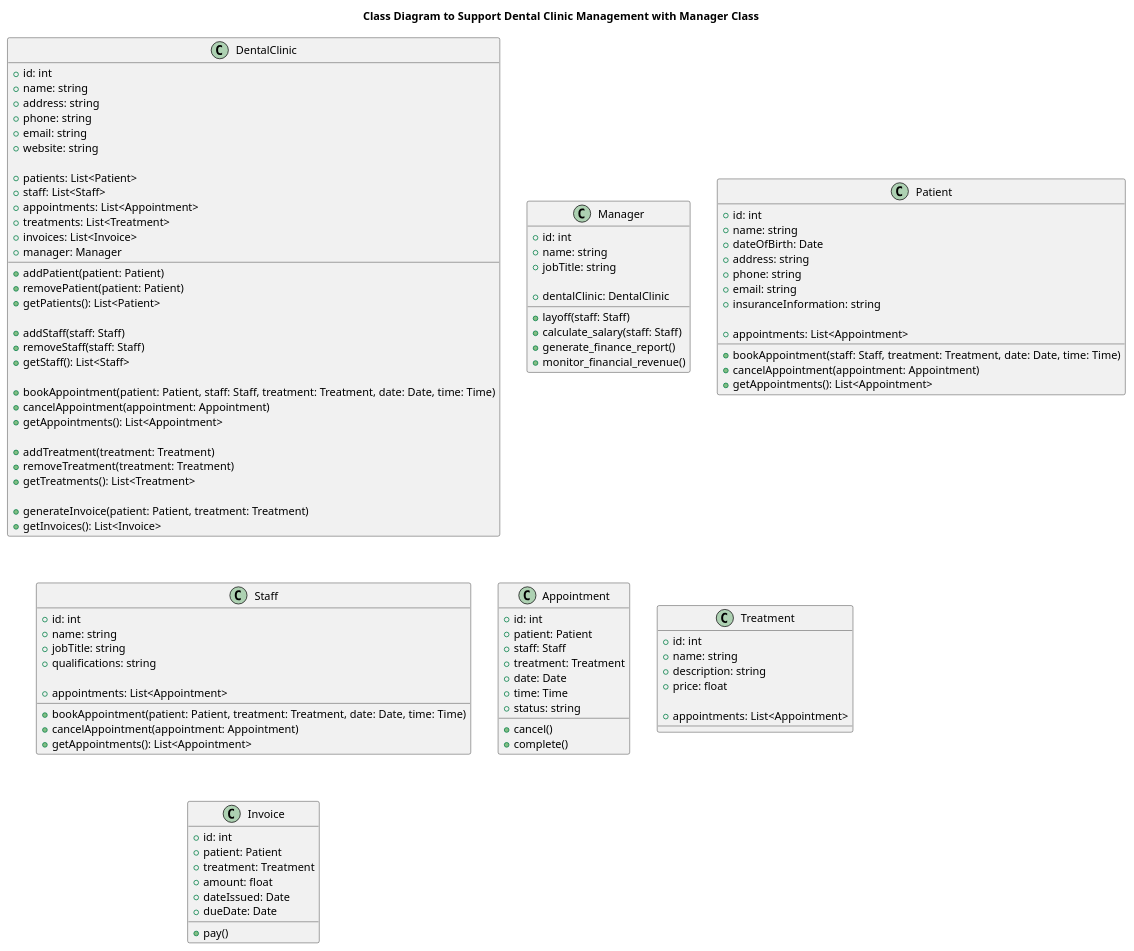
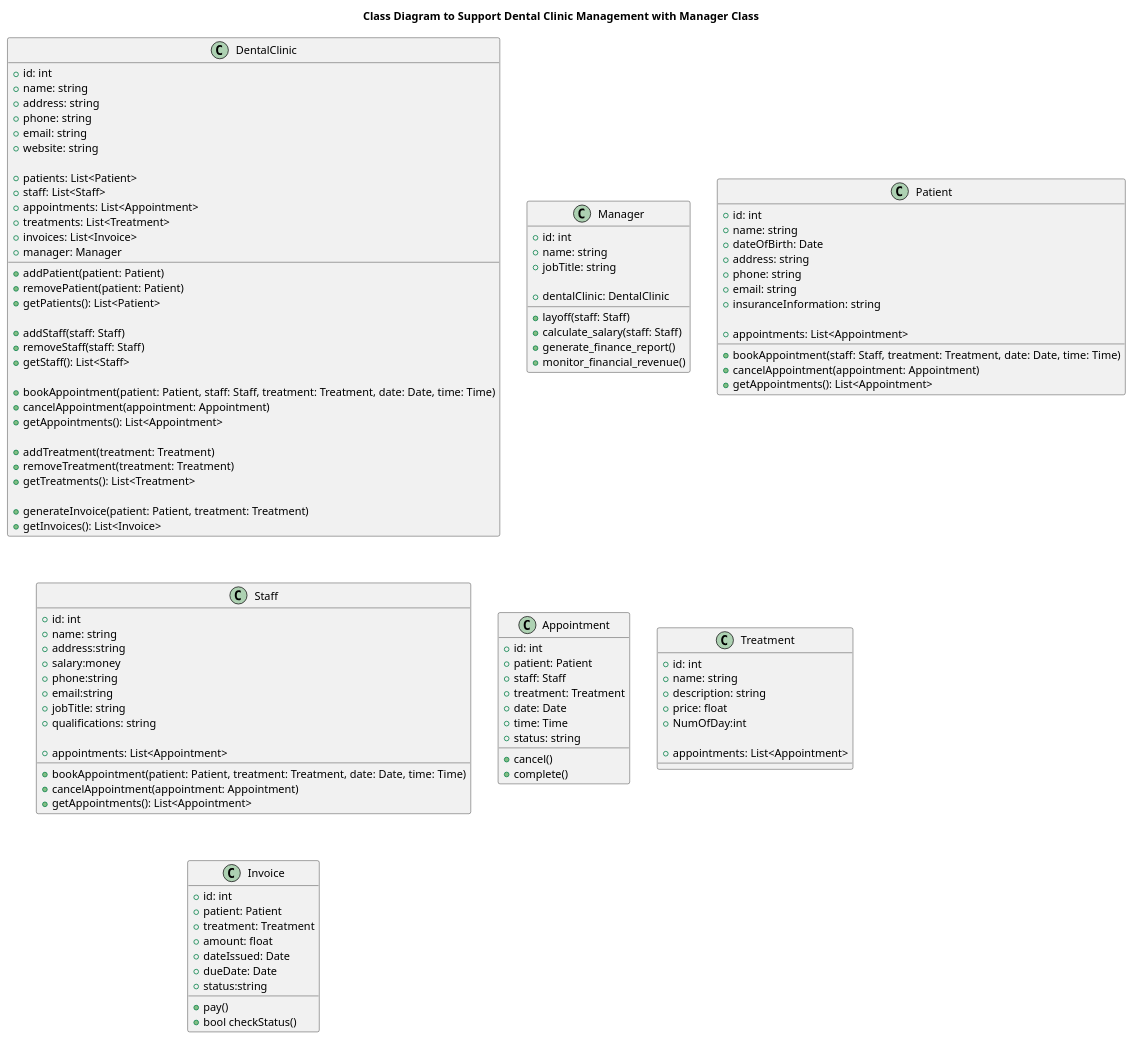
One commit to baonehe/SE357-Pratice-class changed the diagram in Lab1.2/Class diagram/Code/class diagram.wsd. Above: the diagram before and after it, drawn with PlantUML.

```diff
--- a/Lab1.2/Class diagram/Code/class diagram.wsd
+++ b/Lab1.2/Class diagram/Code/class diagram.wsd
@@ -1,114 +1,121 @@
 @startuml
 title Class Diagram to Support Dental Clinic Management with Manager Class
 
 class DentalClinic {
   + id: int
   + name: string
   + address: string
   + phone: string
   + email: string
   + website: string
 
   + patients: List<Patient>
   + staff: List<Staff>
   + appointments: List<Appointment>
   + treatments: List<Treatment>
   + invoices: List<Invoice>
   + manager: Manager
 
   + addPatient(patient: Patient)
   + removePatient(patient: Patient)
   + getPatients(): List<Patient>
 
   + addStaff(staff: Staff)
   + removeStaff(staff: Staff)
   + getStaff(): List<Staff>
 
   + bookAppointment(patient: Patient, staff: Staff, treatment: Treatment, date: Date, time: Time)
   + cancelAppointment(appointment: Appointment)
   + getAppointments(): List<Appointment>
 
   + addTreatment(treatment: Treatment)
   + removeTreatment(treatment: Treatment)
   + getTreatments(): List<Treatment>
 
   + generateInvoice(patient: Patient, treatment: Treatment)
   + getInvoices(): List<Invoice>
 }
 
 class Manager {
   + id: int
   + name: string
   + jobTitle: string
 
   + dentalClinic: DentalClinic
 
   + layoff(staff: Staff)
   + calculate_salary(staff: Staff)
   + generate_finance_report()
   + monitor_financial_revenue()
 }
 
 class Patient {
   + id: int
   + name: string
   + dateOfBirth: Date
   + address: string
   + phone: string
   + email: string
   + insuranceInformation: string
 
   + appointments: List<Appointment>
 
   + bookAppointment(staff: Staff, treatment: Treatment, date: Date, time: Time)
   + cancelAppointment(appointment: Appointment)
   + getAppointments(): List<Appointment>
 }
 
 class Staff {
   + id: int
   + name: string
+  +address:string
+  +salary:money
+  +phone:string
+  +email:string
   + jobTitle: string
   + qualifications: string
 
   + appointments: List<Appointment>
 
   + bookAppointment(patient: Patient, treatment: Treatment, date: Date, time: Time)
   + cancelAppointment(appointment: Appointment)
   + getAppointments(): List<Appointment>
 }
 
 class Appointment {
   + id: int
   + patient: Patient
   + staff: Staff
   + treatment: Treatment
   + date: Date
   + time: Time
   + status: string
 
   + cancel()
   + complete()
 }
 
 class Treatment {
   + id: int
   + name: string
   + description: string
   + price: float
+  + NumOfDay:int
 
   + appointments: List<Appointment>
 }
 
 class Invoice {
   + id: int
   + patient: Patient
   + treatment: Treatment
   + amount: float
   + dateIssued: Date
   + dueDate: Date
+  + status:string
 
   + pay()
+  + bool checkStatus()
 }
 
 @enduml
```
